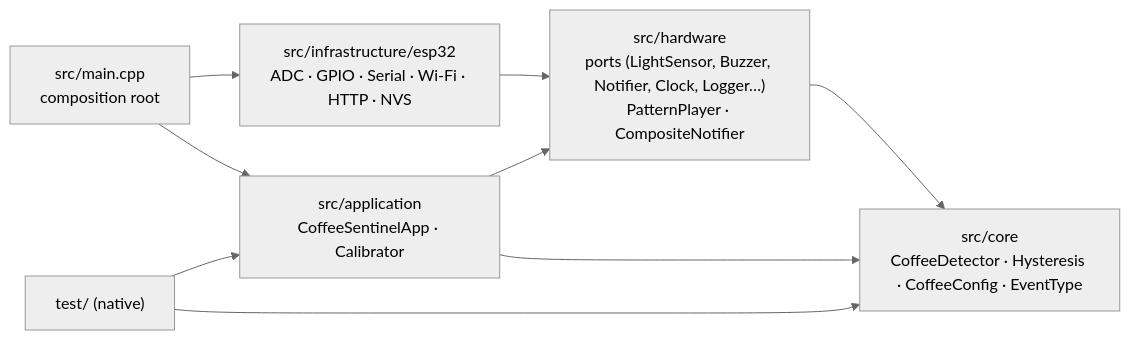
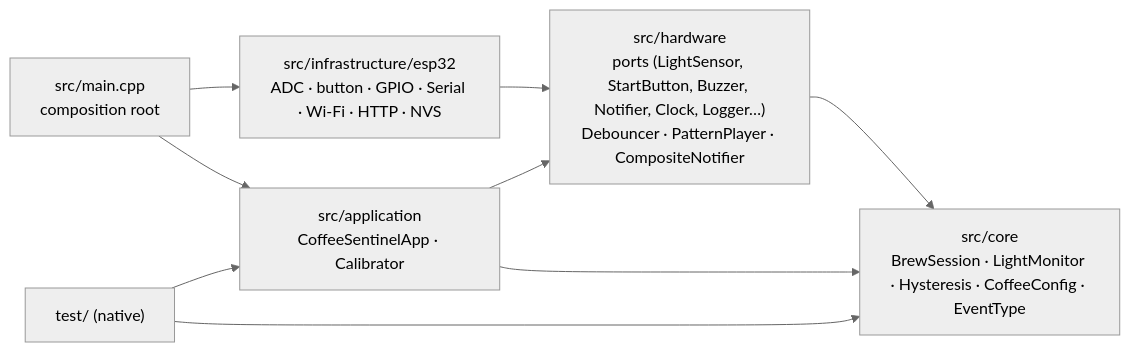
One commit to Amad3eu/coffeereadyindicator changed the first of 2 diagrams in README.md. Above: the diagram before and after it, drawn with Mermaid (neutral theme). The commit also changed other lines of this file and 80 other files, not shown here.

First line of the commit message:
feat: brew sessions opened by a START button (green light alone is not coffee) (#6)

````diff
--- a/README.md
+++ b/README.md
@@ -77,11 +93,11 @@
 ```mermaid
 flowchart LR
-    MAIN["src/main.cpp<br/>composition root"] --> INFRA["src/infrastructure/esp32<br/>ADC · GPIO · Serial · Wi-Fi · HTTP · NVS"]
+    MAIN["src/main.cpp<br/>composition root"] --> INFRA["src/infrastructure/esp32<br/>ADC · button · GPIO · Serial · Wi-Fi · HTTP · NVS"]
     MAIN --> APP["src/application<br/>CoffeeSentinelApp · Calibrator"]
-    INFRA --> HW["src/hardware<br/>ports (LightSensor, Buzzer, Notifier, Clock, Logger…)<br/>PatternPlayer · CompositeNotifier"]
+    INFRA --> HW["src/hardware<br/>ports (LightSensor, StartButton, Buzzer, Notifier, Clock, Logger…)<br/>Debouncer · PatternPlayer · CompositeNotifier"]
     APP --> HW
-    APP --> CORE["src/core<br/>CoffeeDetector · Hysteresis · CoffeeConfig · EventType"]
+    APP --> CORE["src/core<br/>BrewSession · LightMonitor · Hysteresis · CoffeeConfig · EventType"]
     HW --> CORE
     TESTS["test/ (native)"] --> APP
     TESTS --> CORE
 ```
````
